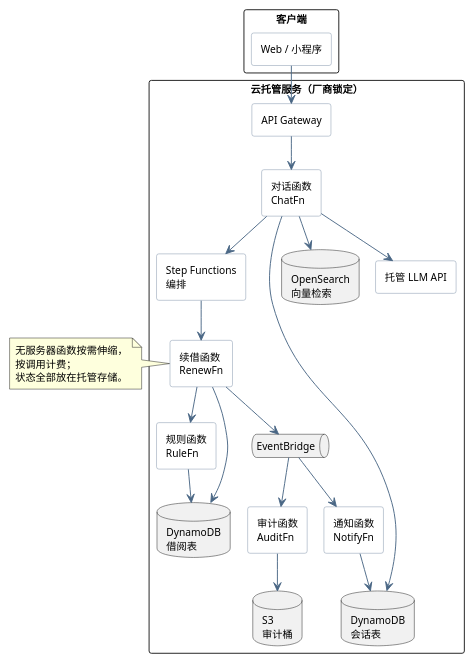
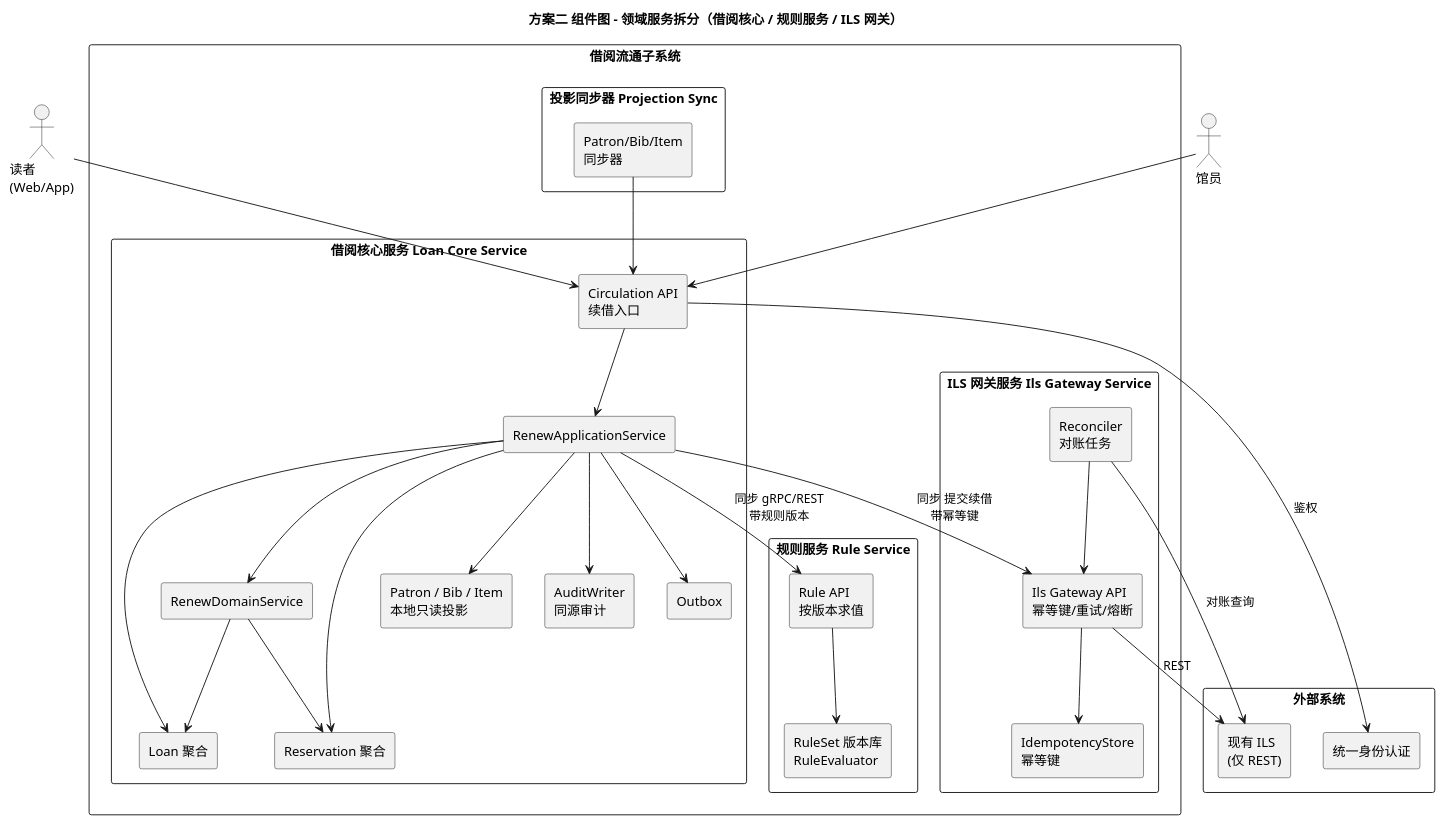
One commit to Longqc666/OOProject changed the diagram in 实验二/puml/13_AI_arch_B_raw.puml. Above: the diagram before and after it, drawn with PlantUML. The commit also changed 6 other files, not shown here.

Commit message:
实验二 活动3：替换为 DeepSeek 网页版真实输出（方案一/方案二/关键类图）

```diff
--- a/实验二/puml/13_AI_arch_B_raw.puml
+++ b/实验二/puml/13_AI_arch_B_raw.puml
@@ -1,55 +1,67 @@
 @startuml
-!pragma layout smetana
-skinparam defaultFontName "Microsoft YaHei"
-skinparam defaultFontSize 11
-skinparam shadowing false
+title 方案二 组件图 - 领域服务拆分（借阅核心 / 规则服务 / ILS 网关）
+
 skinparam componentStyle rectangle
-skinparam component {
-  BackgroundColor #FFFFFF
-  BorderColor #7C8FA6
-  ArrowColor #4A6785
-}
 skinparam packageStyle rectangle
 
-package "客户端" {
-  [Web / 小程序] as Client
+actor "读者\n(Web/App)" as Reader
+actor "馆员" as Librarian
+
+package "借阅流通子系统" {
+
+  package "借阅核心服务 Loan Core Service" {
+    [Circulation API\n续借入口] as Api
+    [RenewApplicationService] as AppSvc
+    [RenewDomainService] as RenewDS
+    [Loan 聚合] as LoanAgg
+    [Reservation 聚合] as ResvAgg
+    [Patron / Bib / Item\n本地只读投影] as Projection
+    [AuditWriter\n同源审计] as AuditW
+    [Outbox] as Outbox
+  }
+
+  package "规则服务 Rule Service" {
+    [Rule API\n按版本求值] as RuleApi
+    [RuleSet 版本库\nRuleEvaluator] as RuleEval
+  }
+
+  package "ILS 网关服务 Ils Gateway Service" {
+    [Ils Gateway API\n幂等键/重试/熔断] as IlsGw
+    [IdempotencyStore\n幂等键] as Idem
+    [Reconciler\n对账任务] as Recon
+  }
+
+  package "投影同步器 Projection Sync" {
+    [Patron/Bib/Item\n同步器] as Sync
+  }
 }
 
-package "云托管服务（厂商锁定）" {
-  [API Gateway] as APIGW
-  [对话函数\nChatFn] as Chat
-  [续借函数\nRenewFn] as Renew
-  [规则函数\nRuleFn] as Rule
-  [审计函数\nAuditFn] as Audit
-  [通知函数\nNotifyFn] as Notify
-  [Step Functions\n编排] as SF
-  database "DynamoDB\n会话表" as DDB1
-  database "DynamoDB\n借阅表" as DDB2
-  database "S3\n审计桶" as S3
-  database "OpenSearch\n向量检索" as OS
-  [托管 LLM API] as LLM
-  queue "EventBridge" as EB
+package "外部系统" {
+  [现有 ILS\n(仅 REST)] as ILS
+  [统一身份认证] as SSO
 }
 
-Client --> APIGW
-APIGW --> Chat
-Chat --> LLM
-Chat --> OS
-Chat --> SF
-SF --> Renew
-Renew --> Rule
-Renew --> DDB2
-Chat --> DDB1
-Rule --> DDB2
-Renew --> EB
-EB --> Audit
-EB --> Notify
-Audit --> S3
-Notify --> DDB1
+Reader --> Api
+Librarian --> Api
 
-note right of Renew
-  无服务器函数按需伸缩，
-  按调用计费；
-  状态全部放在托管存储。
-end note
+Api --> AppSvc
+AppSvc --> RenewDS
+AppSvc --> LoanAgg
+AppSvc --> ResvAgg
+AppSvc --> Projection
+AppSvc --> RuleApi : 同步 gRPC/REST\n带规则版本
+AppSvc --> IlsGw : 同步 提交续借\n带幂等键
+AppSvc --> AuditW
+AppSvc --> Outbox
+
+RenewDS --> LoanAgg
+RenewDS --> ResvAgg
+RuleApi --> RuleEval
+IlsGw --> Idem
+IlsGw --> ILS : REST
+Recon --> ILS : 对账查询
+Recon --> IlsGw
+Sync --> Api
+
+Api --> SSO : 鉴权
 @enduml
```
